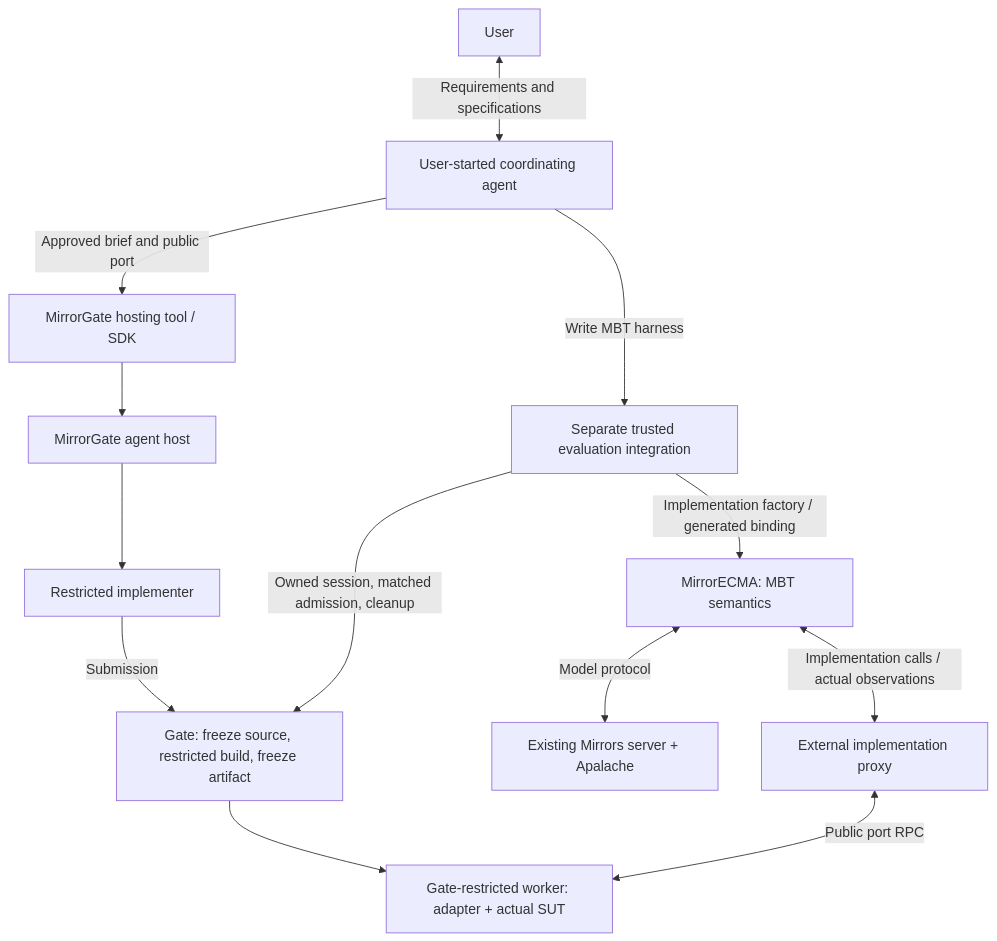
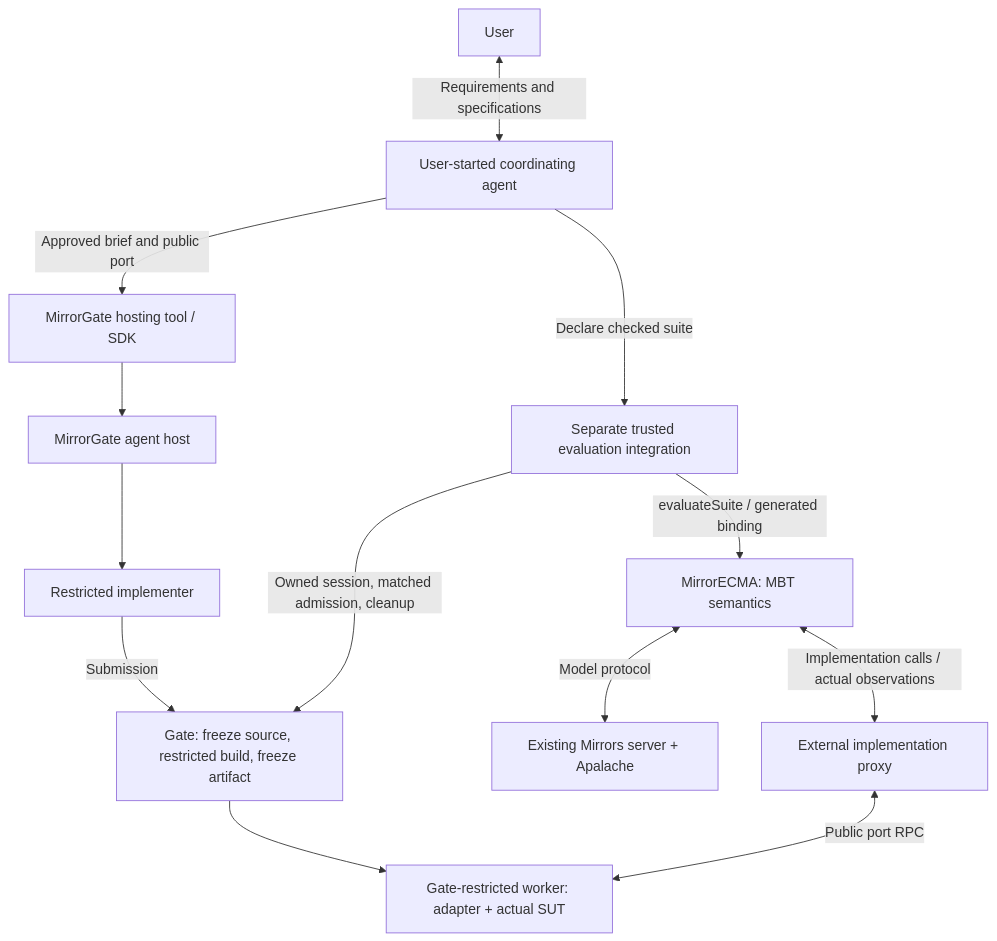
The diagram in docs/implementation-boundary-design.md (NzSN/MirrorECMA), drawn with Mermaid before and after one commit. The commit also changed other lines of this file and 4 other files, not shown here.

````diff
--- a/docs/implementation-boundary-design.md
+++ b/docs/implementation-boundary-design.md
@@ -57,15 +60,15 @@
 ```mermaid
 flowchart TD
     User["User"] <-->|"Requirements and specifications"| Coordinator["User-started coordinating agent"]
     Coordinator -->|"Approved brief and public port"| Hosting["MirrorGate hosting tool / SDK"]
     Hosting --> Host["MirrorGate agent host"]
     Host --> Author["Restricted implementer"]
     Author -->|"Submission"| Prepared["Gate: freeze source, restricted build, freeze artifact"]
-    Coordinator -->|"Write MBT harness"| Integration["Separate trusted evaluation integration"]
-    Integration -->|"Implementation factory / generated binding"| ECMA["MirrorECMA: MBT semantics"]
+    Coordinator -->|"Declare checked suite"| Integration["Separate trusted evaluation integration"]
+    Integration -->|"evaluateSuite / generated binding"| ECMA["MirrorECMA: MBT semantics"]
     ECMA <-->|"Model protocol"| Mirror["Existing Mirrors server + Apalache"]
     Integration -->|"Owned session, matched admission, cleanup"| Prepared
     Prepared --> Worker["Gate-restricted worker: adapter + actual SUT"]
     ECMA <-->|"Implementation calls / actual observations"| Proxy["External implementation proxy"]
     Proxy <-->|"Public port RPC"| Worker
 ```
````
